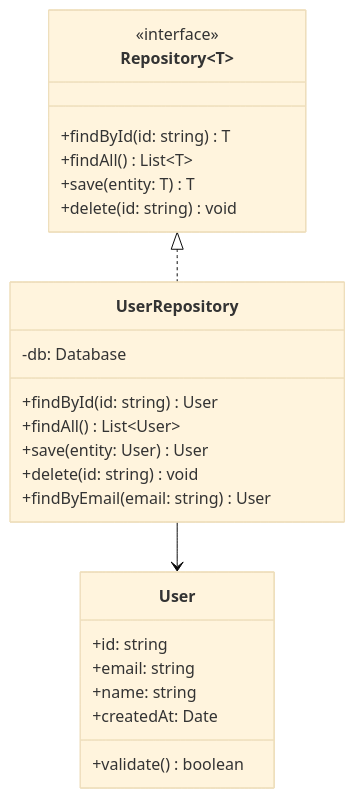
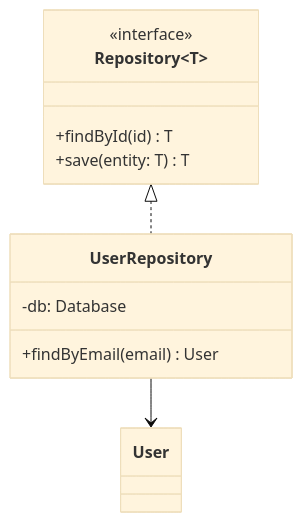
The eighth of 8 diagrams in skills/loom-diagramming/SKILL.md (cosmix/loom), drawn with Mermaid (base theme) before and after one commit. The commit also changed other lines of this file and 23 other files, not shown here.

````diff
--- a/skills/loom-diagramming/SKILL.md
+++ b/skills/loom-diagramming/SKILL.md
@@ -515,30 +211,14 @@
 ```mermaid
 classDiagram
     class Repository~T~ {
         <<interface>>
-        +findById(id: string) T
-        +findAll() List~T~
+        +findById(id) T
         +save(entity: T) T
-        +delete(id: string) void
     }
-
     class UserRepository {
         -db: Database
-        +findById(id: string) User
-        +findAll() List~User~
-        +save(entity: User) User
-        +delete(id: string) void
-        +findByEmail(email: string) User
+        +findByEmail(email) User
     }
-
-    class User {
-        +id: string
-        +email: string
-        +name: string
-        +createdAt: Date
-        +validate() boolean
-    }
-
     Repository~T~ <|.. UserRepository
     UserRepository --> User
 ```
````
